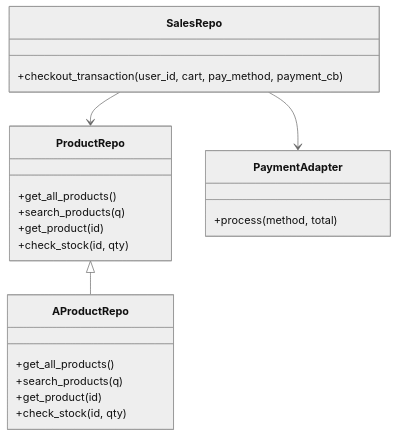
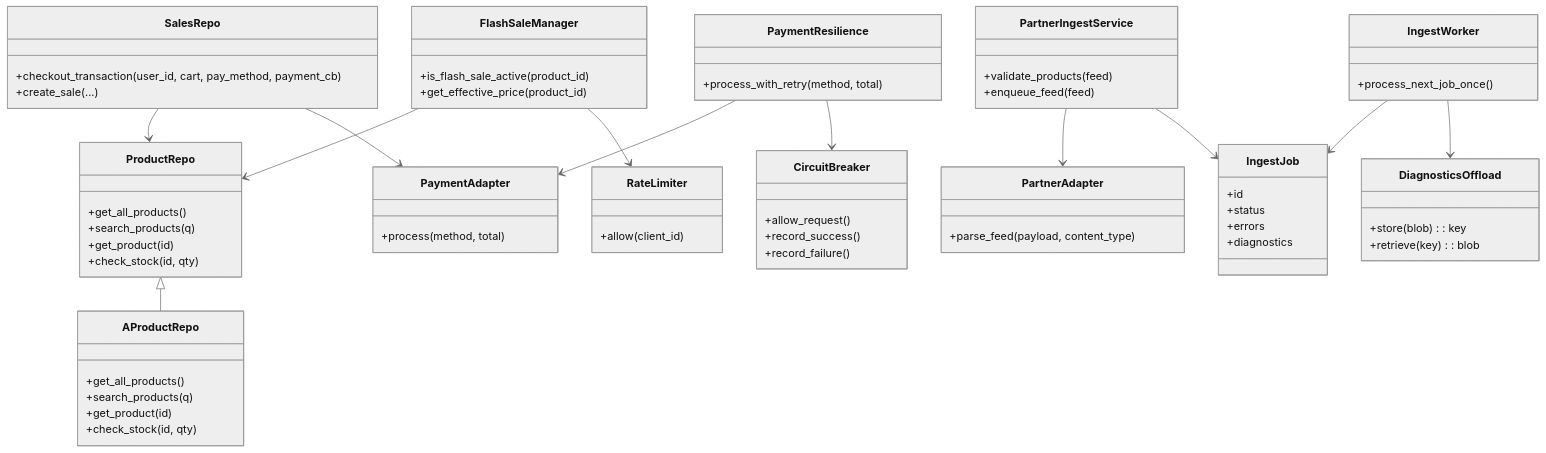
Before and after one commit to PC1-23/Checkpoint2: the first of 6 diagrams in docs/UML/uml_views.md, drawn with Mermaid (neutral theme). The commit also changed other lines of this file, not shown here.

````diff
--- a/docs/UML/uml_views.md
+++ b/docs/UML/uml_views.md
@@ -5,24 +5,69 @@
 ```mermaid
 classDiagram
-    class SalesRepo {
-        +checkout_transaction(user_id, cart, pay_method, payment_cb)
-    }
-    class ProductRepo {
-        +get_all_products()
-        +search_products(q)
-        +get_product(id)
-        +check_stock(id, qty)
-    }
-    class AProductRepo {
-        +get_all_products()
-        +search_products(q)
-        +get_product(id)
-        +check_stock(id, qty)
-    }
-    class PaymentAdapter {
-        +process(method, total)
-    }
-    SalesRepo --> ProductRepo
-    SalesRepo --> PaymentAdapter
-    ProductRepo <|-- AProductRepo
+  class SalesRepo {
+    +checkout_transaction(user_id, cart, pay_method, payment_cb)
+    +create_sale(...)
+  }
+  class ProductRepo {
+    +get_all_products()
+    +search_products(q)
+    +get_product(id)
+    +check_stock(id, qty)
+  }
+  class AProductRepo {
+    +get_all_products()
+    +search_products(q)
+    +get_product(id)
+    +check_stock(id, qty)
+  }
+  class PaymentAdapter {
+    +process(method, total)
+  }
+  class PaymentResilience {
+    +process_with_retry(method, total)
+  }
+  class CircuitBreaker {
+    +allow_request()
+    +record_success()
+    +record_failure()
+  }
+  class FlashSaleManager {
+    +is_flash_sale_active(product_id)
+    +get_effective_price(product_id)
+  }
+  class RateLimiter {
+    +allow(client_id)
+  }
+  class PartnerIngestService {
+    +validate_products(feed)
+    +enqueue_feed(feed)
+  }
+  class PartnerAdapter {
+    +parse_feed(payload, content_type)
+  }
+  class IngestJob {
+    +id
+    +status
+    +errors
+    +diagnostics
+  }
+  class IngestWorker {
+    +process_next_job_once()
+  }
+  class DiagnosticsOffload {
+    +store(blob) : key
+    +retrieve(key) : blob
+  }
+
+  SalesRepo --> ProductRepo
+  SalesRepo --> PaymentAdapter
+  PaymentResilience --> PaymentAdapter
+  PaymentResilience --> CircuitBreaker
+  FlashSaleManager --> ProductRepo
+  FlashSaleManager --> RateLimiter
+  PartnerIngestService --> PartnerAdapter
+  PartnerIngestService --> IngestJob
+  IngestWorker --> IngestJob
+  IngestWorker --> DiagnosticsOffload
+  ProductRepo <|-- AProductRepo
 ```
````
